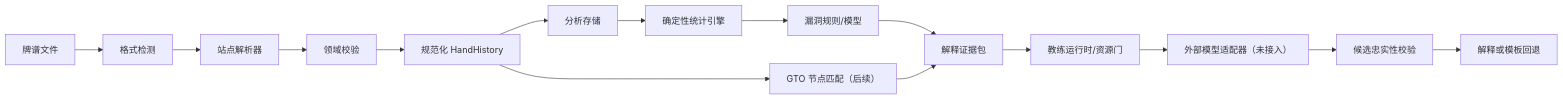
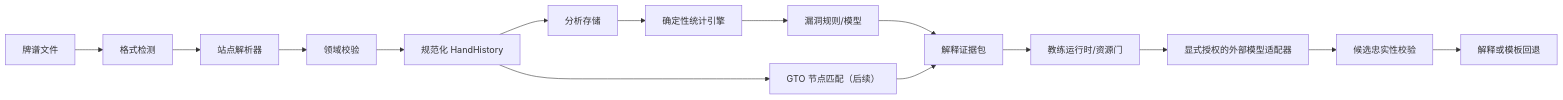
One commit to runshu-W/rivermind-poker changed the diagram in docs/ARCHITECTURE.md. Above: the diagram before and after it, drawn with Mermaid. The commit also changed other lines of this file and 13 other files, not shown here.

````diff
--- a/docs/ARCHITECTURE.md
+++ b/docs/ARCHITECTURE.md
@@ -13,17 +13,17 @@
 ```mermaid
 flowchart LR
     HH["牌谱文件"] --> DET["格式检测"]
     DET --> PAR["站点解析器"]
     PAR --> VAL["领域校验"]
     VAL --> NORM["规范化 HandHistory"]
     NORM --> STORE["分析存储"]
     STORE --> STAT["确定性统计引擎"]
     STAT --> LEAK["漏洞规则/模型"]
     LEAK --> EVID["解释证据包"]
     EVID --> CRT["教练运行时/资源门"]
-    CRT --> LLM["外部模型适配器（未接入）"]
+    CRT --> LLM["显式授权的外部模型适配器"]
     LLM --> CVAL["候选忠实性校验"]
     CVAL --> COACH["解释或模板回退"]
     NORM --> MATCH["GTO 节点匹配（后续）"]
     MATCH --> EVID
 ```
````
